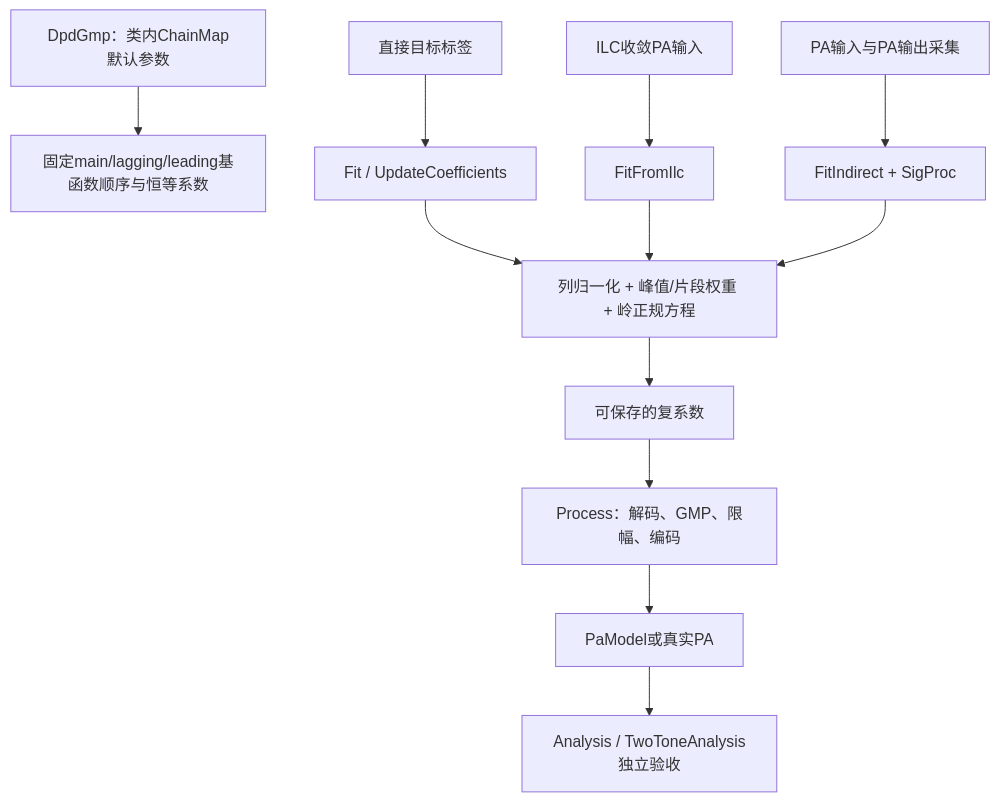
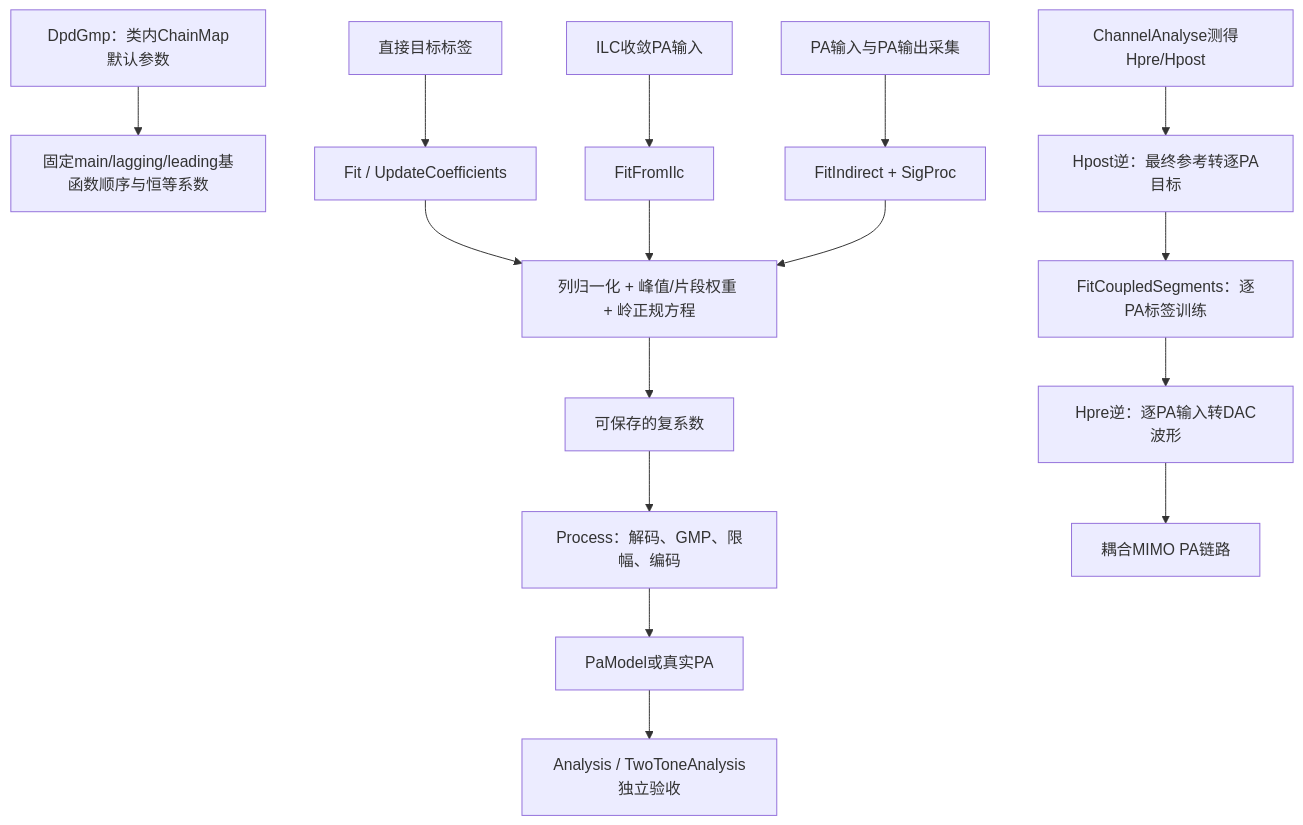
One commit to niyilu45/DPD_ILC changed diagram 15 of 20 in README.md. Above: the diagram before and after it, drawn with Mermaid. The commit also changed other lines of this file and 18 other files, not shown here.

````diff
--- a/README.md
+++ b/README.md
@@ -653,14 +680,18 @@
 ```mermaid
 flowchart TD
     config["DpdGmp：类内ChainMap默认参数"] --> identity["固定main/lagging/leading基函数顺序与恒等系数"]
     direct["直接目标标签"] --> fit["Fit / UpdateCoefficients"]
     ilc["ILC收敛PA输入"] --> fitIlc["FitFromIlc"]
     capture["PA输入与PA输出采集"] --> indirect["FitIndirect + SigProc"]
     fit --> solver["列归一化 + 峰值/片段权重 + 岭正规方程"]
     fitIlc --> solver
     indirect --> solver
     solver --> coefficients["可保存的复系数"]
     coefficients --> process["Process：解码、GMP、限幅、编码"]
     process --> pa["PaModel或真实PA"]
     pa --> independent["Analysis / TwoToneAnalysis独立验收"]
+    channelMeasurement["ChannelAnalyse测得Hpre/Hpost"] --> postInverse["Hpost逆：最终参考转逐PA目标"]
+    postInverse --> coupledFit["FitCoupledSegments：逐PA标签训练"]
+    coupledFit --> preInverse["Hpre逆：逐PA输入转DAC波形"]
+    preInverse --> coupledPlant["耦合MIMO PA链路"]
 ```
````
